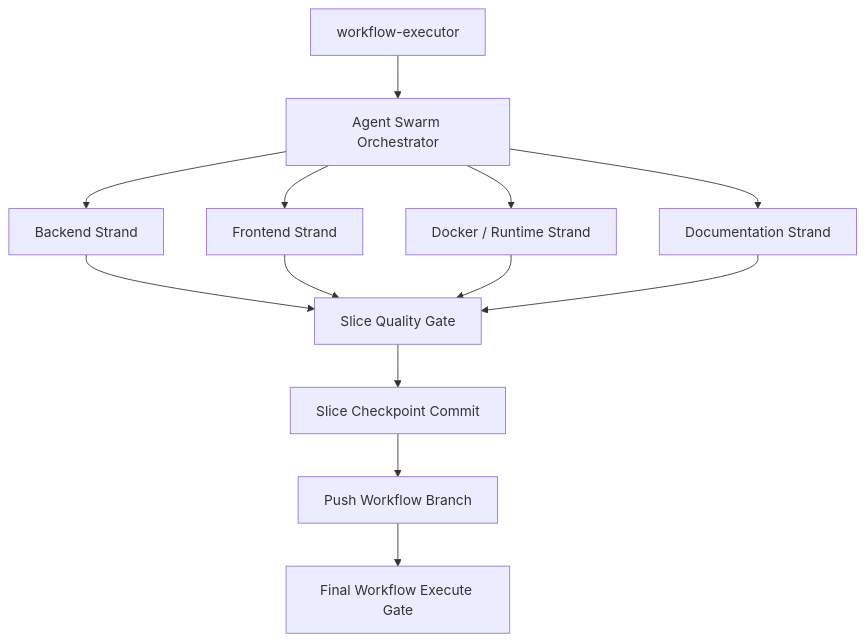
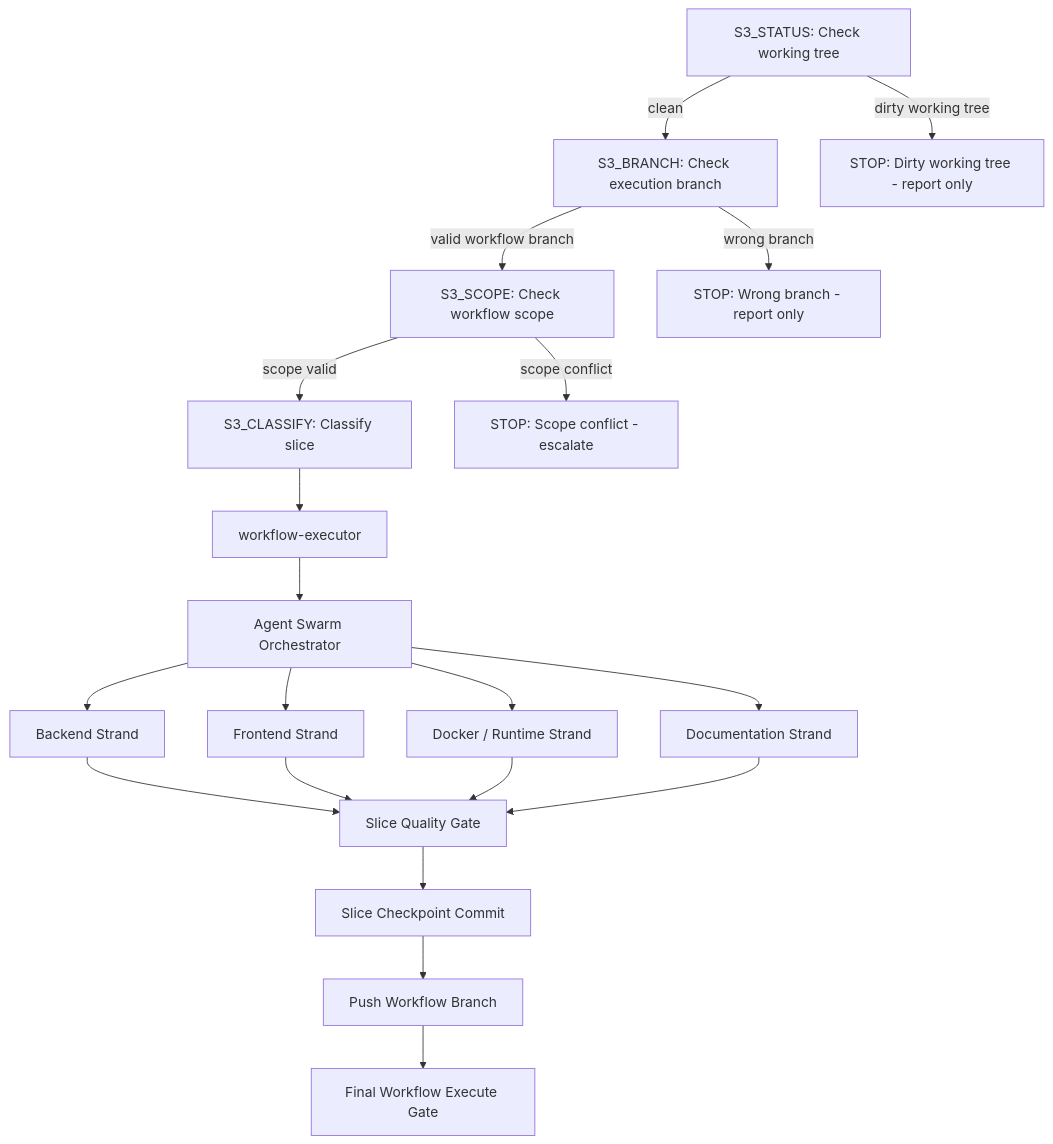
Before and after one commit to MatthiasBurger-Coder/forensic_analytics: the fourth of 5 diagrams in docs/agents/agent-governance.md, drawn with Mermaid. The commit also changed 7 other files, not shown here.

First line of the commit message:
docs(slice-03): add workflow execute safety preflight

````diff
--- a/docs/agents/agent-governance.md
+++ b/docs/agents/agent-governance.md
@@ -158,24 +158,38 @@
 ```mermaid
 flowchart TD
+  Status["S3_STATUS: Check working tree"]
+  Branch["S3_BRANCH: Check execution branch"]
+  Scope["S3_SCOPE: Check workflow scope"]
+  Classify["S3_CLASSIFY: Classify slice"]
+  StopStatus["STOP: Dirty working tree - report only"]
+  StopBranch["STOP: Wrong branch - report only"]
+  StopScope["STOP: Scope conflict - escalate"]
   Executor["workflow-executor"]
   Swarm["Agent Swarm Orchestrator"]
   Backend["Backend Strand"]
   Frontend["Frontend Strand"]
   Runtime["Docker / Runtime Strand"]
   Docs["Documentation Strand"]
   Gate["Slice Quality Gate"]
   Commit["Slice Checkpoint Commit"]
   Push["Push Workflow Branch"]
   Final["Final Workflow Execute Gate"]
 
+  Status -->|clean| Branch
+  Status -->|dirty working tree| StopStatus
+  Branch -->|valid workflow branch| Scope
+  Branch -->|wrong branch| StopBranch
+  Scope -->|scope valid| Classify
+  Scope -->|scope conflict| StopScope
+  Classify --> Executor
   Executor --> Swarm
   Swarm --> Backend
   Swarm --> Frontend
   Swarm --> Runtime
   Swarm --> Docs
   Backend --> Gate
   Frontend --> Gate
   Runtime --> Gate
   Docs --> Gate
   Gate --> Commit --> Push --> Final
 ```
````
